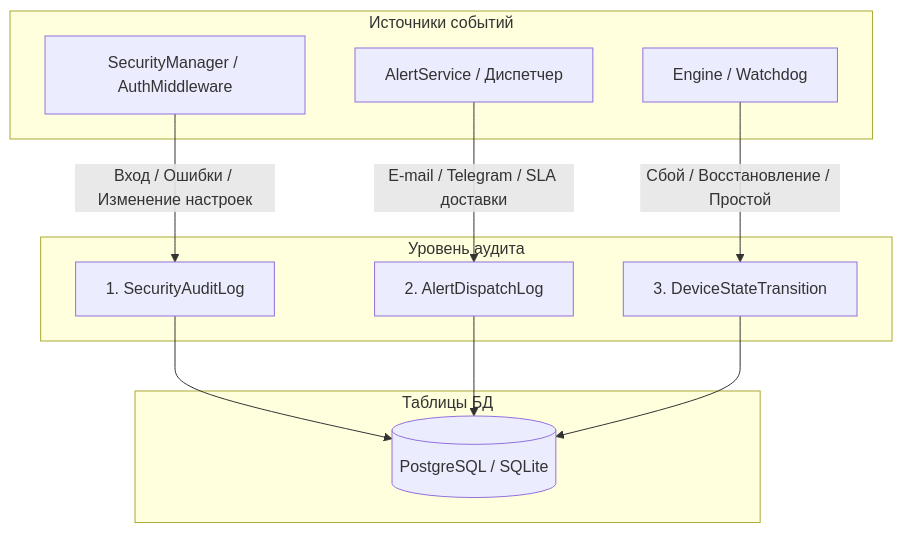
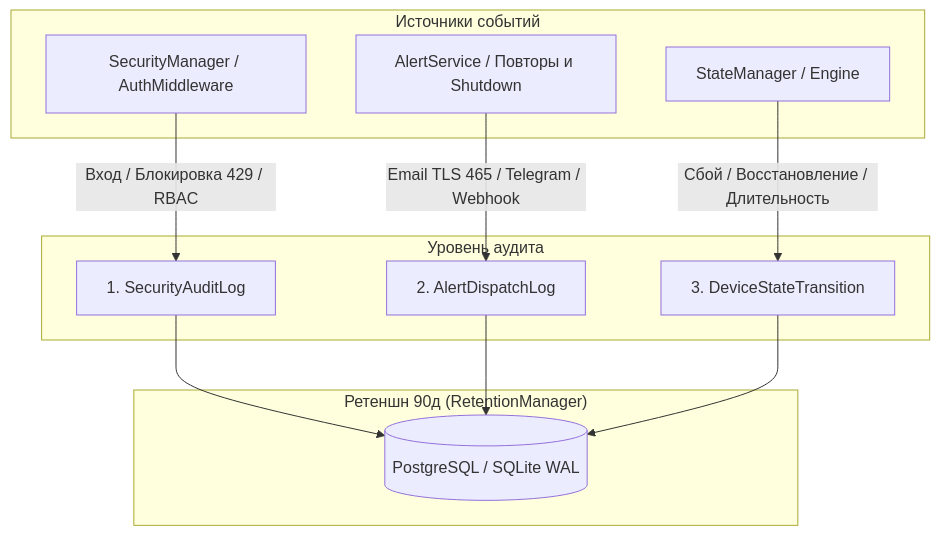
One commit to Noxfort-Systems-Brazil/MONITOR changed the diagram in docs/ru/audit_trail.md. Above: the diagram before and after it, drawn with Mermaid. The commit also changed other lines of this file and 186 other files, not shown here.

````diff
--- a/docs/ru/audit_trail.md
+++ b/docs/ru/audit_trail.md
@@ -13,26 +11,26 @@
 ```mermaid
 graph TD
     subgraph "Источники событий"
         Auth[SecurityManager / AuthMiddleware]
-        Alerts[AlertService / Диспетчер]
-        Watchdog[Engine / Watchdog]
+        Alerts[AlertService / Повторы и Shutdown]
+        Watchdog[StateManager / Engine]
     end
 
     subgraph "Уровень аудита"
         SecLog[1. SecurityAuditLog]
         AlertLog[2. AlertDispatchLog]
         TransLog[3. DeviceStateTransition]
     end
 
-    subgraph "Таблицы БД"
-        DB[(PostgreSQL / SQLite)]
+    subgraph "Ретеншн 90д (RetentionManager)"
+        DB[(PostgreSQL / SQLite WAL)]
     end
 
-    Auth -->|Вход / Ошибки / Изменение настроек| SecLog
-    Alerts -->|E-mail / Telegram / SLA доставки| AlertLog
-    Watchdog -->|Сбой / Восстановление / Простой| TransLog
+    Auth -->|Вход / Блокировка 429 / RBAC| SecLog
+    Alerts -->|Email TLS 465 / Telegram / Webhook| AlertLog
+    Watchdog -->|Сбой / Восстановление / Длительность| TransLog
 
     SecLog --> DB
     AlertLog --> DB
     TransLog --> DB
 ```
````
